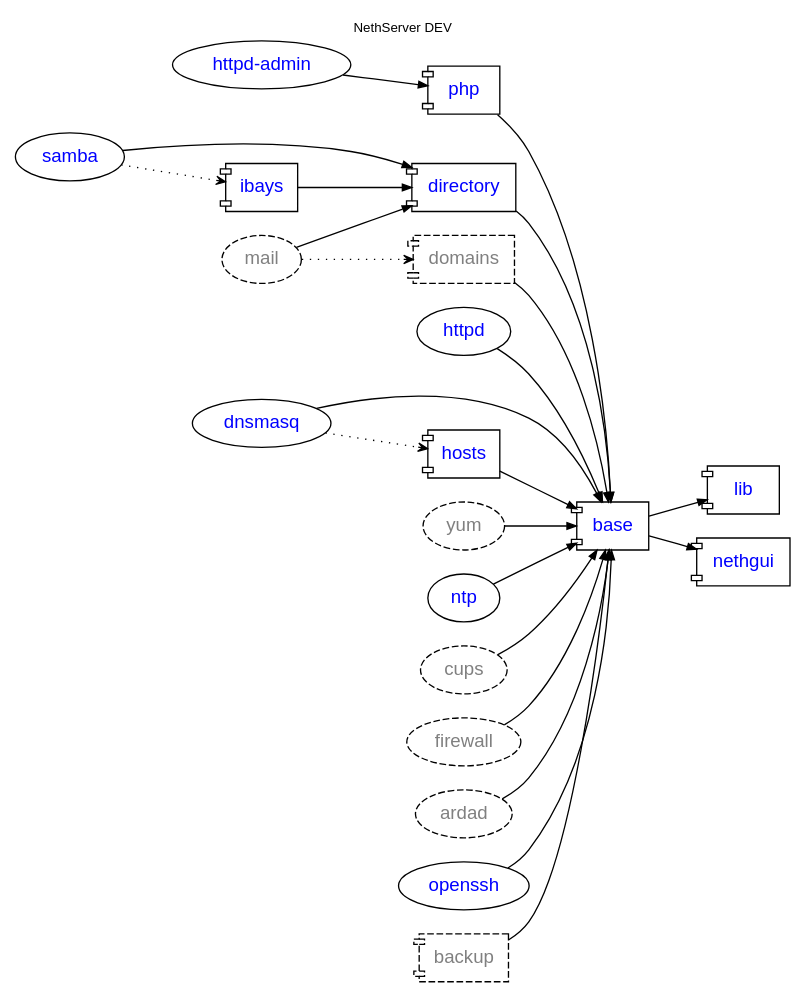
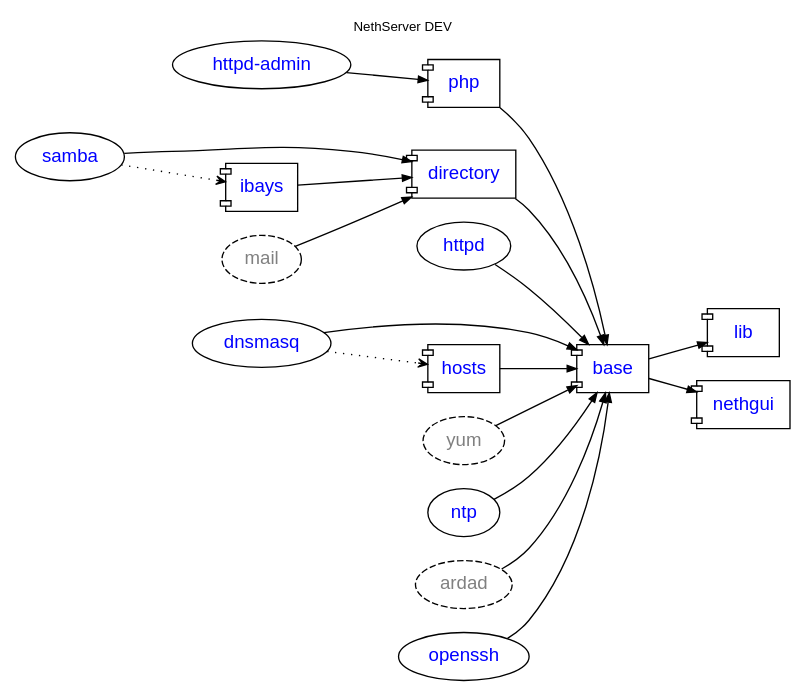
One commit to nethesis/dev-nethesis-it changed the diagram in nethserver/package-dependencies.dot. Above: the diagram before and after it, drawn with Graphviz.

Commit message:
DEV103: removed packages

```diff
--- a/nethserver/package-dependencies.dot
+++ b/nethserver/package-dependencies.dot
@@ -1,56 +1,43 @@
 digraph DEV {
     rankdir = "LR"; compound = true; concentrate = true; fontname = "Helvetica"; fontnames="svg"; fontsize=10.0; label="NethServer DEV"; labelloc = "t"
 
     node [shape="oval",fontname="Helvetica"];
     edge [arrowsize=0.7];
 
     httpd_admin [fontcolor=blue,label="httpd-admin",URL="http://dev.nethesis.it/projects/nethserver-httpd-admin"];
     base [fontcolor=blue,URL="http://dev.nethesis.it/projects/nethserver-base",shape="component"];
     directory [fontcolor=blue,URL="http://dev.nethesis.it/projects/nethserver-directory",shape="component"];    
     samba [fontcolor=blue,URL="http://dev.nethesis.it/projects/nethserver-samba"];    
     ibays [fontcolor=blue,URL="http://dev.nethesis.it/projects/nethserver-ibays",shape="component"];    
     lib [fontcolor=blue,URL="http://dev.nethesis.it/projects/nethserver-lib",shape="component"];    
     httpd [fontcolor=blue,URL="http://dev.nethesis.it/projects/nethserver-httpd"];    
     hosts [fontcolor=blue,URL="http://dev.nethesis.it/projects/nethserver-hosts",shape="component"];
     php [fontcolor=blue,URL="http://dev.nethesis.it/projects/nethserver-php",shape="component"];
-    domains [style="dashed",fontcolor=gray,URL="http://dev.nethesis.it/projects/nethserver-domains",shape="component"];
     yum [fontcolor=gray,URL="http://dev.nethesis.it/projects/nethserver-yum",style="dashed"];
     ntp [fontcolor=blue,URL="http://dev.nethesis.it/projects/nethserver-ntp"];
     dnsmasq [fontcolor=blue,URL="http://dev.nethesis.it/projects/nethserver-dnsmasq"];
     mail [fontcolor=gray,URL="http://dev.nethesis.it/projects/nethserver-mail",style="dashed"];
-    cups [fontcolor=gray,URL="http://dev.nethesis.it/projects/nethserver-cups",style="dashed"];
-    firewall [fontcolor=gray,URL="http://dev.nethesis.it/projects/nethserver-firewall",style="dashed"];
     ardad [fontcolor=gray,style="dashed"];
     nethgui [fontcolor=blue,URL="http://dev.nethesis.it/projects/nethgui",shape="component"];    
     openssh [fontcolor=blue,URL="http://dev.nethesis.it/projects/nethserver-openssh"];
-    backup [style="dashed",fontcolor=gray,shape="component"];
+
                
     base -> lib
     base -> nethgui
     openssh -> base
     directory -> base
     samba -> directory
     ibays -> directory
-//    ibays -> domains [style=dotted,arrowhead=vee]
     httpd -> base
-//    dnsmasq -> domains [style=dotted,arrowhead=vee];
     dnsmasq -> hosts [style=dotted,arrowhead=vee];
     dnsmasq -> base
     hosts -> base
     httpd_admin -> php
-    backup -> base
     samba -> ibays [style=dotted,arrowhead=vee];
-//    httpd -> ibays [style=dotted,arrowhead=vee]; 
-//    httpd -> hosts [style=dotted,arrowhead=vee];
-//    httpd -> domains [style=dotted,arrowhead=vee];
-    domains -> base
     yum -> base
     ntp -> base
     php -> base
-    cups -> base
     mail -> directory
-    mail -> domains [style=dotted,arrowhead=vee]
-    firewall -> base
     ardad -> base
         
 }
```
